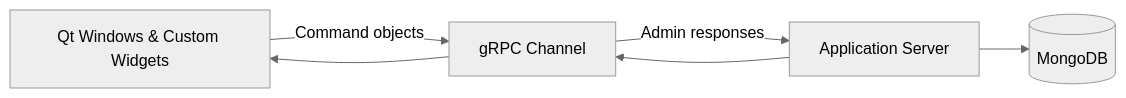
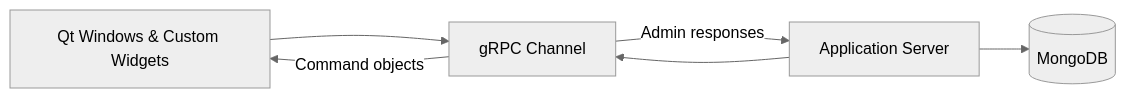
One commit to lets-go-app-pub/Lets_Go_Interface changed the diagram in README.md. Above: the diagram before and after it, drawn with Mermaid (neutral theme).

````diff
--- a/README.md
+++ b/README.md
@@ -10,9 +10,9 @@
 ```mermaid
 flowchart LR
   UI[Qt Windows & Custom Widgets]
   RPC[gRPC Channel]
   S[Application Server]
   DB[(MongoDB)]
-  UI --> |Command objects| RPC --> |Admin responses| S --> DB
-  S --> RPC --> UI
+  UI --> RPC --> |Admin responses| S --> DB
+  S --> RPC --> |Command objects| UI
 ```
````
